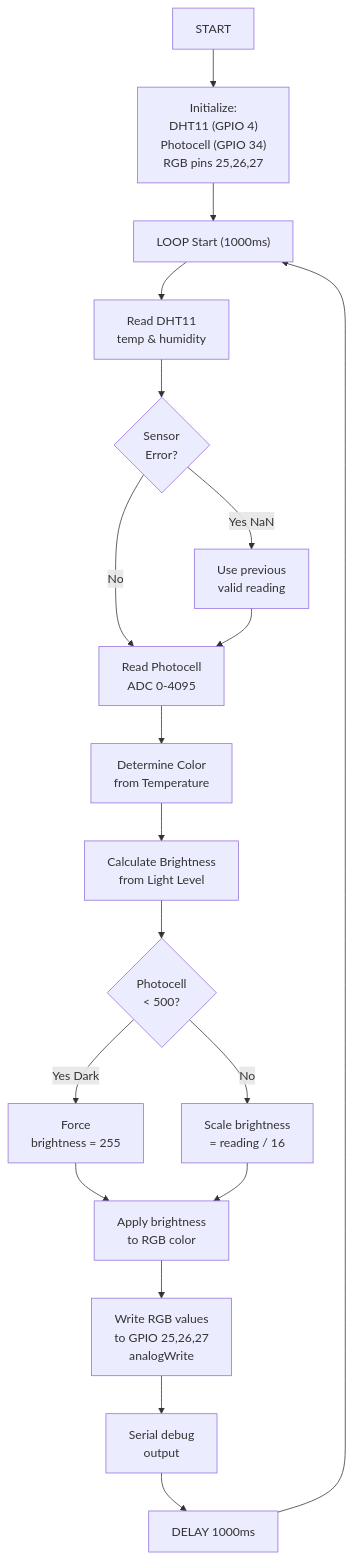
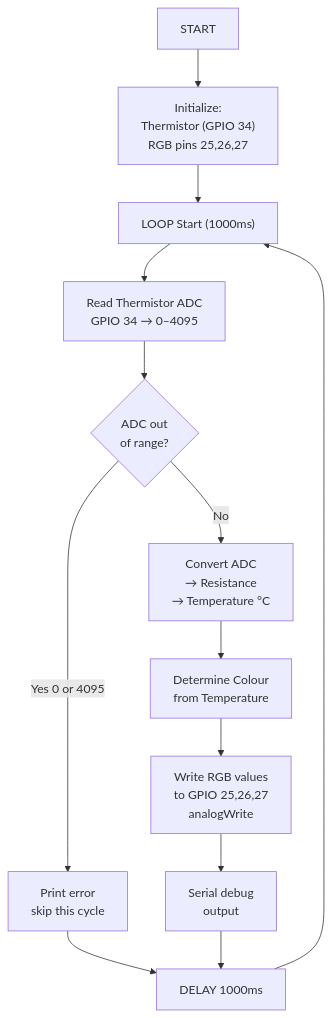
The first of 2 diagrams in docs/electronics/04.md (prgrobots/Iot2_new), drawn with Mermaid before and after one commit. The commit also changed other lines of this file and 8 other files, not shown here.

````diff
--- a/docs/electronics/04.md
+++ b/docs/electronics/04.md
@@ -460,21 +335,15 @@
 ```mermaid
 graph TD
-    A["START"] --> B["Initialize:<br/>DHT11 (GPIO 4)<br/>Photocell (GPIO 34)<br/>RGB pins 25,26,27"]
+    A["START"] --> B["Initialize:<br/>Thermistor (GPIO 34)<br/>RGB pins 25,26,27"]
     B --> C["LOOP Start (1000ms)"]
-    C --> D["Read DHT11<br/>temp & humidity"]
-    D --> E{Sensor<br/>Error?}
-    E -->|Yes NaN| F["Use previous<br/>valid reading"]
-    E -->|No| G["Read Photocell<br/>ADC 0-4095"]
-    F --> G
-    G --> H["Determine Color<br/>from Temperature"]
-    H --> I["Calculate Brightness<br/>from Light Level"]
-    I --> J{Photocell<br/>< 500?}
-    J -->|Yes Dark| K["Force<br/>brightness = 255"]
-    J -->|No| L["Scale brightness<br/>= reading / 16"]
-    K --> M["Apply brightness<br/>to RGB color"]
-    L --> M
-    M --> N["Write RGB values<br/>to GPIO 25,26,27<br/>analogWrite"]
+    C --> D["Read Thermistor ADC<br/>GPIO 34 → 0–4095"]
+    D --> E{ADC out<br/>of range?}
+    E -->|Yes 0 or 4095| F["Print error<br/>skip this cycle"]
+    E -->|No| G["Convert ADC<br/>→ Resistance<br/>→ Temperature °C"]
+    F --> P
+    G --> H["Determine Colour<br/>from Temperature"]
+    H --> N["Write RGB values<br/>to GPIO 25,26,27<br/>analogWrite"]
     N --> O["Serial debug<br/>output"]
     O --> P["DELAY 1000ms"]
     P --> C
 ```
````
